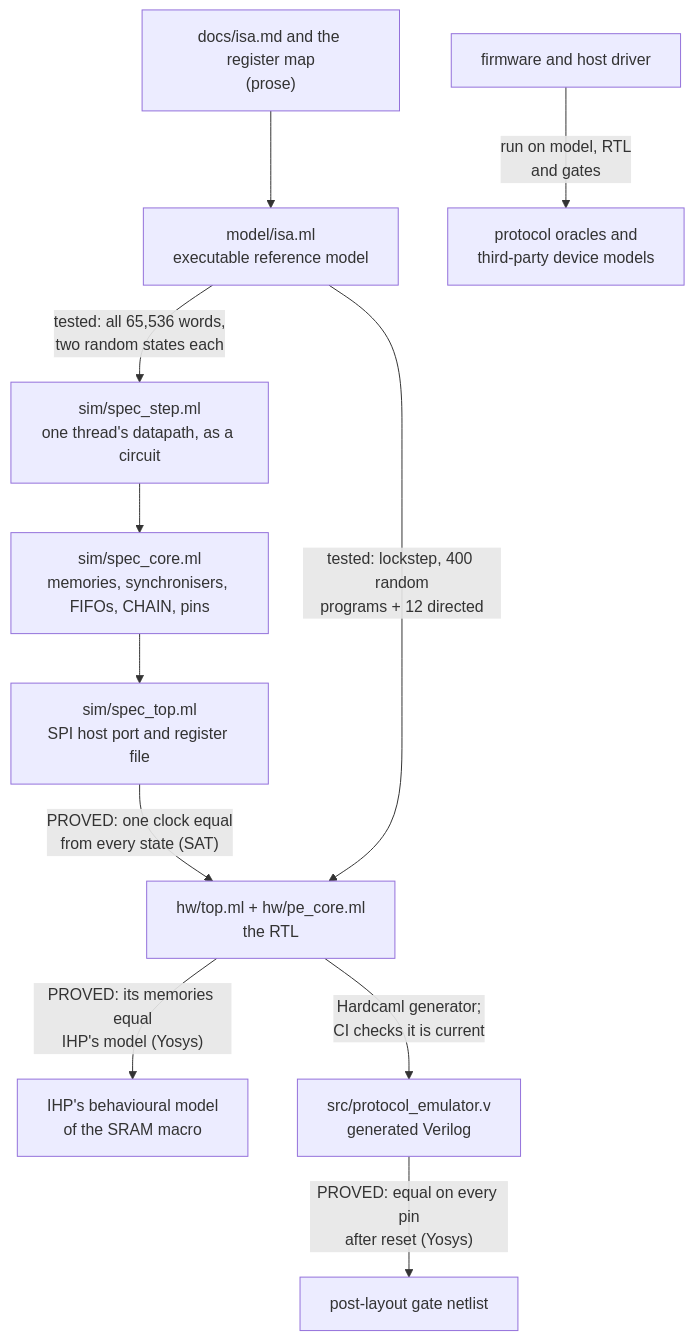
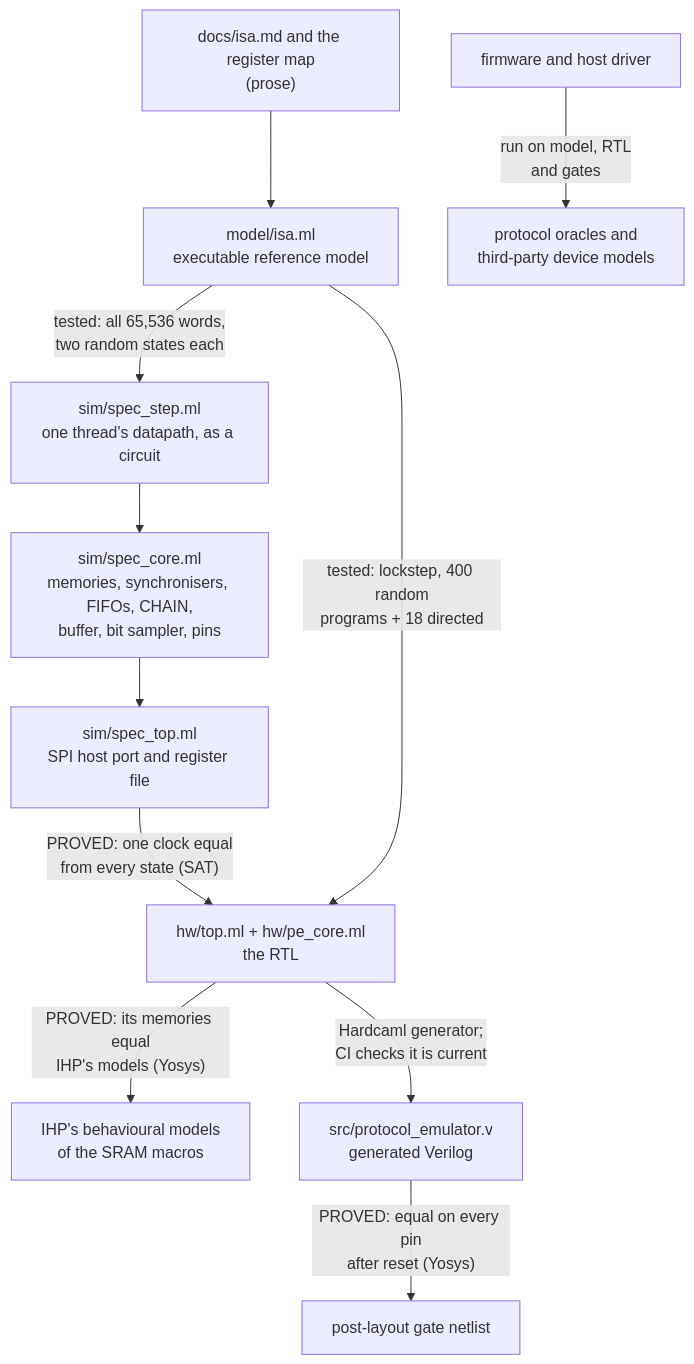
Before and after one commit to tavelarocque/protocol-emulator: the diagram in docs/design-and-verification.md, drawn with Mermaid. The commit also changed other lines of this file and 20 other files, not shown here.

````diff
--- a/docs/design-and-verification.md
+++ b/docs/design-and-verification.md
@@ -115,24 +156,24 @@
 ```mermaid
 flowchart TB
     doc["docs/isa.md and the register map<br/>(prose)"]
     model["model/isa.ml<br/>executable reference model"]
     sstep["sim/spec_step.ml<br/>one thread's datapath, as a circuit"]
-    score["sim/spec_core.ml<br/>memories, synchronisers, FIFOs, CHAIN, pins"]
-    ihp["IHP's behavioural model<br/>of the SRAM macro"]
+    score["sim/spec_core.ml<br/>memories, synchronisers, FIFOs, CHAIN,<br/>buffer, bit sampler, pins"]
+    ihp["IHP's behavioural models<br/>of the SRAM macros"]
     stop["sim/spec_top.ml<br/>SPI host port and register file"]
     rtl["hw/top.ml + hw/pe_core.ml<br/>the RTL"]
     v["src/protocol_emulator.v<br/>generated Verilog"]
     gl["post-layout gate netlist"]
     fw["firmware and host driver"]
     oracles["protocol oracles and<br/>third-party device models"]
 
     doc --> model
     model -- "tested: all 65,536 words,<br/>two random states each" --> sstep
     sstep --> score --> stop
     stop -- "PROVED: one clock equal<br/>from every state (SAT)" --> rtl
-    model -- "tested: lockstep, 400 random<br/>programs + 12 directed" --> rtl
+    model -- "tested: lockstep, 400 random<br/>programs + 18 directed" --> rtl
     rtl -- "Hardcaml generator;<br/>CI checks it is current" --> v
     v -- "PROVED: equal on every pin<br/>after reset (Yosys)" --> gl
     fw -- "run on model, RTL<br/>and gates" --> oracles
-    rtl -- "PROVED: its memories equal<br/>IHP's model (Yosys)" --> ihp
+    rtl -- "PROVED: its memories equal<br/>IHP's models (Yosys)" --> ihp
 ```
````
